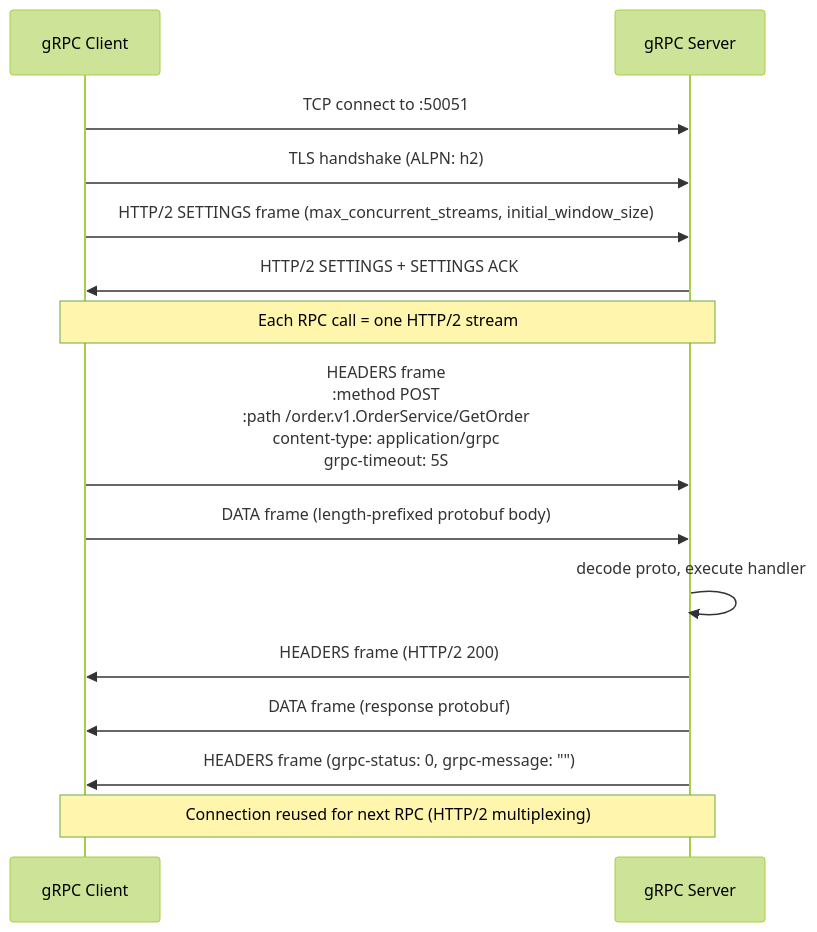
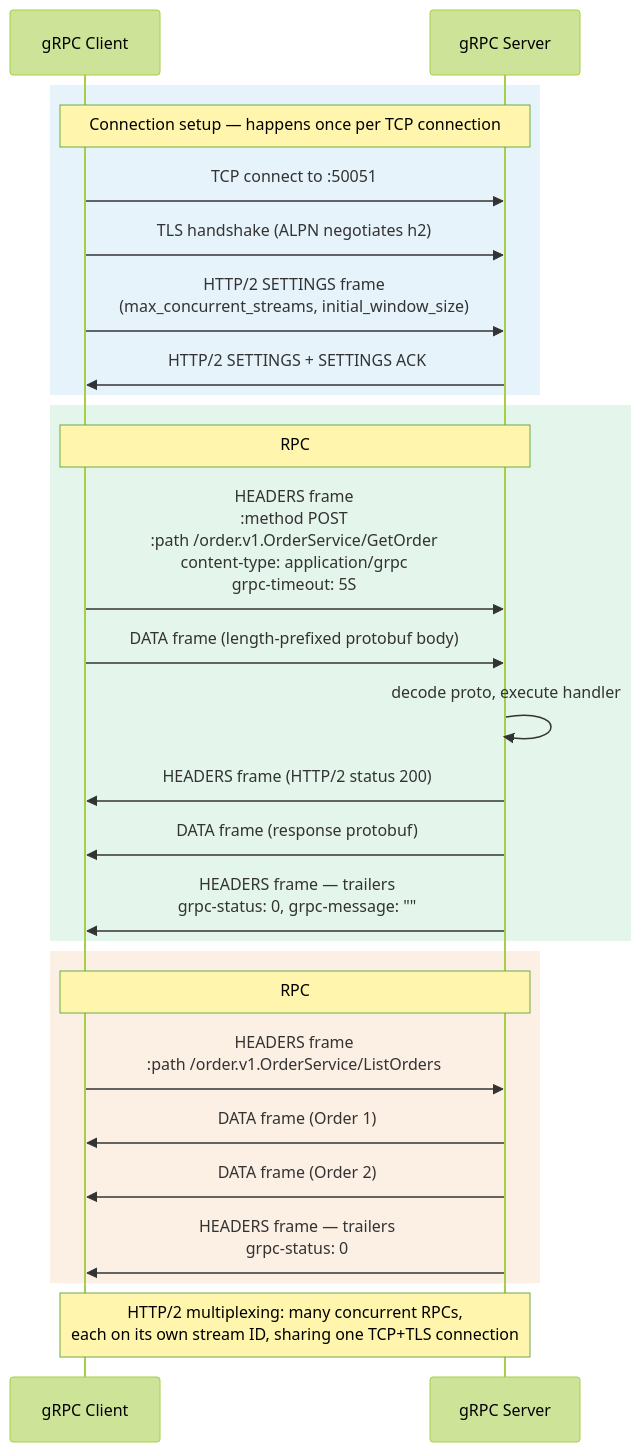
The second of 5 diagrams in networking/grpc-graphql.md (deepanshu-rawat6/DevOpsIndex), drawn with Mermaid (forest theme) before and after one commit. The commit also changed other lines of this file and 8 other files, not shown here.

````diff
--- a/networking/grpc-graphql.md
+++ b/networking/grpc-graphql.md
@@ -84,21 +144,33 @@
 ```mermaid
 sequenceDiagram
     participant C as gRPC Client
     participant S as gRPC Server
 
+    rect rgba(52, 152, 219, 0.12)
+    Note over C,S: Connection setup — happens once per TCP connection
     C->>S: TCP connect to :50051
-    C->>S: TLS handshake (ALPN: h2)
-    C->>S: HTTP/2 SETTINGS frame (max_concurrent_streams, initial_window_size)
+    C->>S: TLS handshake (ALPN negotiates h2)
+    C->>S: HTTP/2 SETTINGS frame<br/>(max_concurrent_streams, initial_window_size)
     S->>C: HTTP/2 SETTINGS + SETTINGS ACK
+    end
 
-    Note over C,S: Each RPC call = one HTTP/2 stream
-    C->>S: HEADERS frame<br>:method POST<br>:path /order.v1.OrderService/GetOrder<br>content-type: application/grpc<br>grpc-timeout: 5S
-
+    rect rgba(39, 174, 96, 0.12)
+    Note over C,S: RPC #1 — GetOrder, HTTP/2 stream ID 1
+    C->>S: HEADERS frame<br/>:method POST<br/>:path /order.v1.OrderService/GetOrder<br/>content-type: application/grpc<br/>grpc-timeout: 5S
     C->>S: DATA frame (length-prefixed protobuf body)
     S->>S: decode proto, execute handler
-    S->>C: HEADERS frame (HTTP/2 200)
+    S->>C: HEADERS frame (HTTP/2 status 200)
     S->>C: DATA frame (response protobuf)
-    S->>C: HEADERS frame (grpc-status: 0, grpc-message: "")
+    S->>C: HEADERS frame — trailers<br/>grpc-status: 0, grpc-message: ""
+    end
 
-    Note over C,S: Connection reused for next RPC (HTTP/2 multiplexing)
+    rect rgba(230, 126, 34, 0.12)
+    Note over C,S: RPC #2 — ListOrders, HTTP/2 stream ID 3<br/>concurrent with #1, same TCP+TLS connection, no new handshake
+    C->>S: HEADERS frame<br/>:path /order.v1.OrderService/ListOrders
+    S->>C: DATA frame (Order 1)
+    S->>C: DATA frame (Order 2)
+    S->>C: HEADERS frame — trailers<br/>grpc-status: 0
+    end
+
+    Note over C,S: HTTP/2 multiplexing: many concurrent RPCs,<br/>each on its own stream ID, sharing one TCP+TLS connection
 ```
````
